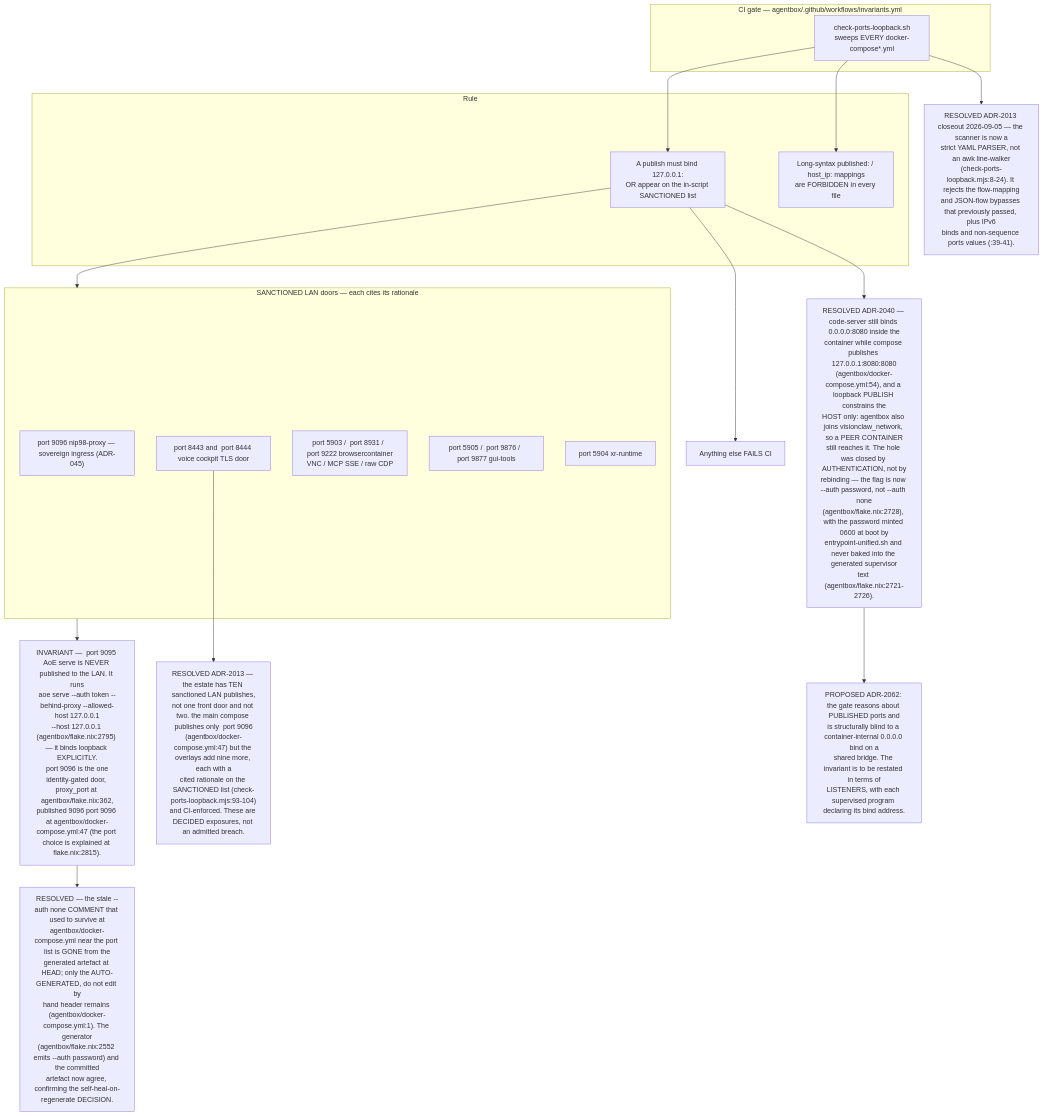
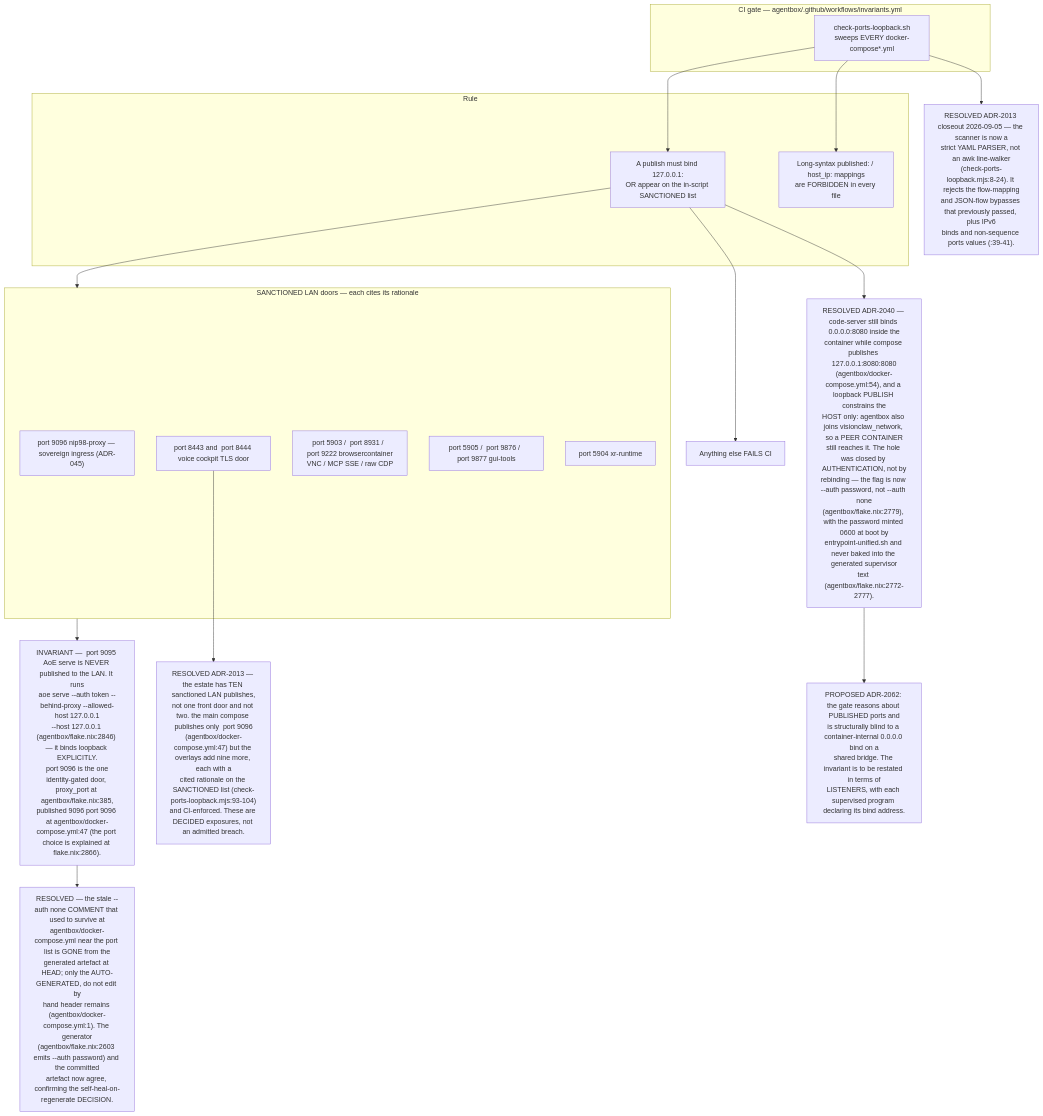
Before and after one commit to DreamLab-AI/VisionFlow: the eighth of 11 diagrams in docs/diagrams/estate/10-deployment-and-security-profiles.md, drawn with Mermaid. The commit also changed other lines of this file and 80 other files, not shown here.

First line of the commit message:
docs(diagrams): re-verify the agentbox, dreamlab, estate and visionflow corpus against current sources

````diff
--- a/docs/diagrams/estate/10-deployment-and-security-profiles.md
+++ b/docs/diagrams/estate/10-deployment-and-security-profiles.md
@@ -319,35 +319,35 @@
 ```mermaid
 flowchart TB
     subgraph ci["CI gate — agentbox/.github/workflows/invariants.yml"]
         SC["check-ports-loopback.sh<br/>sweeps EVERY docker-compose*.yml"]
     end
     subgraph rule["Rule"]
         R1["A publish must bind 127.0.0.1:<br/>OR appear on the in-script SANCTIONED list"]
         R2["Long-syntax published: / host_ip: mappings<br/>are FORBIDDEN in every file"]
     end
     subgraph sanctioned["SANCTIONED LAN doors — each cites its rationale"]
         P1[" port 9096 nip98-proxy — sovereign ingress (ADR-045)"]
         P2[" port 8443 and  port 8444 voice cockpit TLS door"]
         P3[" port 5903 /  port 8931 /  port 9222 browsercontainer<br/>VNC / MCP SSE / raw CDP"]
         P4[" port 5905 /  port 9876 /  port 9877 gui-tools"]
         P5[" port 5904 xr-runtime"]
     end
     FAIL["Anything else FAILS CI"]
-    INV["INVARIANT —  port 9095 AoE serve is NEVER published to the LAN. It runs<br/>aoe serve --auth token --behind-proxy --allowed-host 127.0.0.1<br/>--host 127.0.0.1 (agentbox/flake.nix:2795) — it binds loopback EXPLICITLY.<br/> port 9096 is the one identity-gated door, proxy_port at agentbox/flake.nix:362,<br/>published 9096 port 9096 at agentbox/docker-compose.yml:47 (the port choice is explained at flake.nix:2815)."]
+    INV["INVARIANT —  port 9095 AoE serve is NEVER published to the LAN. It runs<br/>aoe serve --auth token --behind-proxy --allowed-host 127.0.0.1<br/>--host 127.0.0.1 (agentbox/flake.nix:2846) — it binds loopback EXPLICITLY.<br/> port 9096 is the one identity-gated door, proxy_port at agentbox/flake.nix:385,<br/>published 9096 port 9096 at agentbox/docker-compose.yml:47 (the port choice is explained at flake.nix:2866)."]
     D1["RESOLVED ADR-2013 — the estate has TEN sanctioned LAN publishes,<br/>not one front door and not two. the main compose publishes only  port 9096<br/>(agentbox/docker-compose.yml:47) but the overlays add nine more, each with a<br/>cited rationale on the SANCTIONED list (check-ports-loopback.mjs:93-104)<br/>and CI-enforced. These are DECIDED exposures, not an admitted breach."]
     D2["RESOLVED ADR-2013 closeout 2026-09-05 — the scanner is now a<br/>strict YAML PARSER, not an awk line-walker<br/>(check-ports-loopback.mjs:8-24). It rejects the flow-mapping<br/>and JSON-flow bypasses that previously passed, plus IPv6<br/>binds and non-sequence ports values (:39-41)."]
-    D3["RESOLVED ADR-2040 — code-server still binds 0.0.0.0:8080 inside the<br/>container while compose publishes 127.0.0.1:8080:8080<br/>(agentbox/docker-compose.yml:54), and a loopback PUBLISH constrains the<br/>HOST only: agentbox also joins visionclaw_network, so a PEER CONTAINER<br/>still reaches it. The hole was closed by AUTHENTICATION, not by<br/>rebinding — the flag is now --auth password, not --auth none<br/>(agentbox/flake.nix:2728), with the password minted 0600 at boot by<br/>entrypoint-unified.sh and never baked into the generated supervisor<br/>text (agentbox/flake.nix:2721-2726)."]
+    D3["RESOLVED ADR-2040 — code-server still binds 0.0.0.0:8080 inside the<br/>container while compose publishes 127.0.0.1:8080:8080<br/>(agentbox/docker-compose.yml:54), and a loopback PUBLISH constrains the<br/>HOST only: agentbox also joins visionclaw_network, so a PEER CONTAINER<br/>still reaches it. The hole was closed by AUTHENTICATION, not by<br/>rebinding — the flag is now --auth password, not --auth none<br/>(agentbox/flake.nix:2779), with the password minted 0600 at boot by<br/>entrypoint-unified.sh and never baked into the generated supervisor<br/>text (agentbox/flake.nix:2772-2777)."]
     D5["PROPOSED ADR-2062: the gate reasons about PUBLISHED ports and<br/>is structurally blind to a container-internal 0.0.0.0 bind on a<br/>shared bridge. The invariant is to be restated in terms of<br/>LISTENERS, with each supervised program declaring its bind address."]
-    D4["RESOLVED — the stale --auth none COMMENT that used to survive at<br/>agentbox/docker-compose.yml near the port list is GONE from the<br/>generated artefact at HEAD; only the AUTO-GENERATED, do not edit by<br/>hand header remains (agentbox/docker-compose.yml:1). The generator<br/>(agentbox/flake.nix:2552 emits --auth password) and the committed<br/>artefact now agree, confirming the self-heal-on-regenerate DECISION."]
+    D4["RESOLVED — the stale --auth none COMMENT that used to survive at<br/>agentbox/docker-compose.yml near the port list is GONE from the<br/>generated artefact at HEAD; only the AUTO-GENERATED, do not edit by<br/>hand header remains (agentbox/docker-compose.yml:1). The generator<br/>(agentbox/flake.nix:2603 emits --auth password) and the committed<br/>artefact now agree, confirming the self-heal-on-regenerate DECISION."]
 
     SC --> R1
     SC --> R2
     R1 --> sanctioned
     R1 --> FAIL
     sanctioned --> INV
     P2 --> D1
     SC --> D2
     R1 --> D3
     INV --> D4
     D3 --> D5
 ```
````
